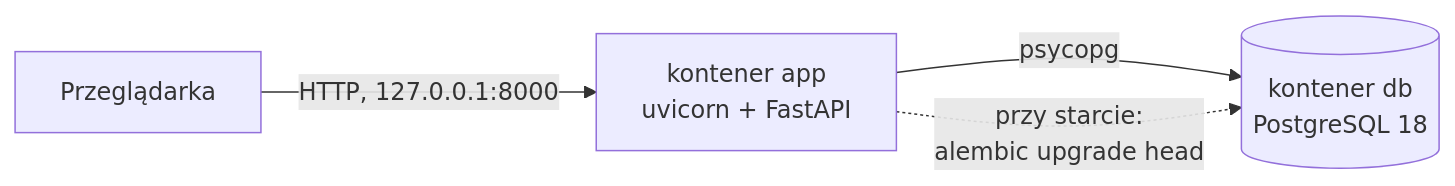
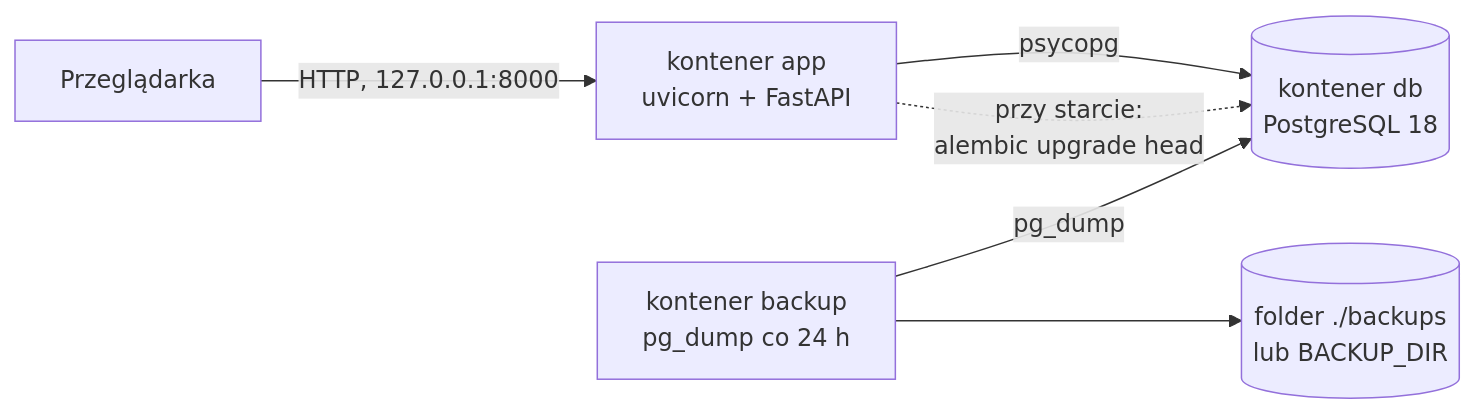
The third of 3 diagrams in docs/architecture.md (PSkrzyp11/GarageLog), drawn with Mermaid before and after one commit. The commit also changed other lines of this file and 34 other files, not shown here.

````diff
--- a/docs/architecture.md
+++ b/docs/architecture.md
@@ -109,6 +115,8 @@
 ```mermaid
 flowchart LR
     B[Przeglądarka] -->|HTTP, 127.0.0.1:8000| A[kontener app<br/>uvicorn + FastAPI]
     A -->|psycopg| P[(kontener db<br/>PostgreSQL 18)]
     A -. "przy starcie:<br/>alembic upgrade head" .-> P
+    K[kontener backup<br/>pg_dump co 24 h] -->|pg_dump| P
+    K --> F[(folder ./backups<br/>lub BACKUP_DIR)]
 ```
````
